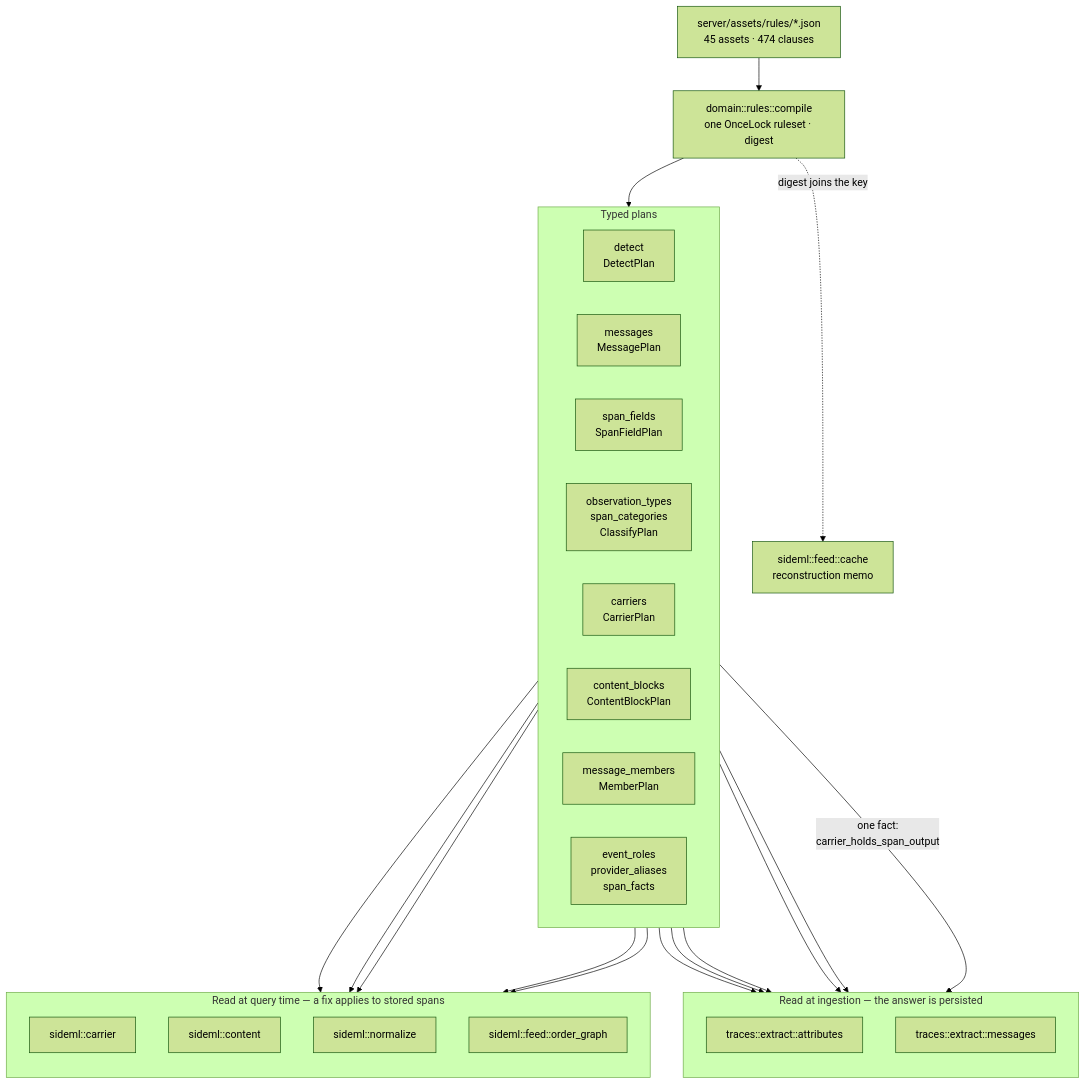
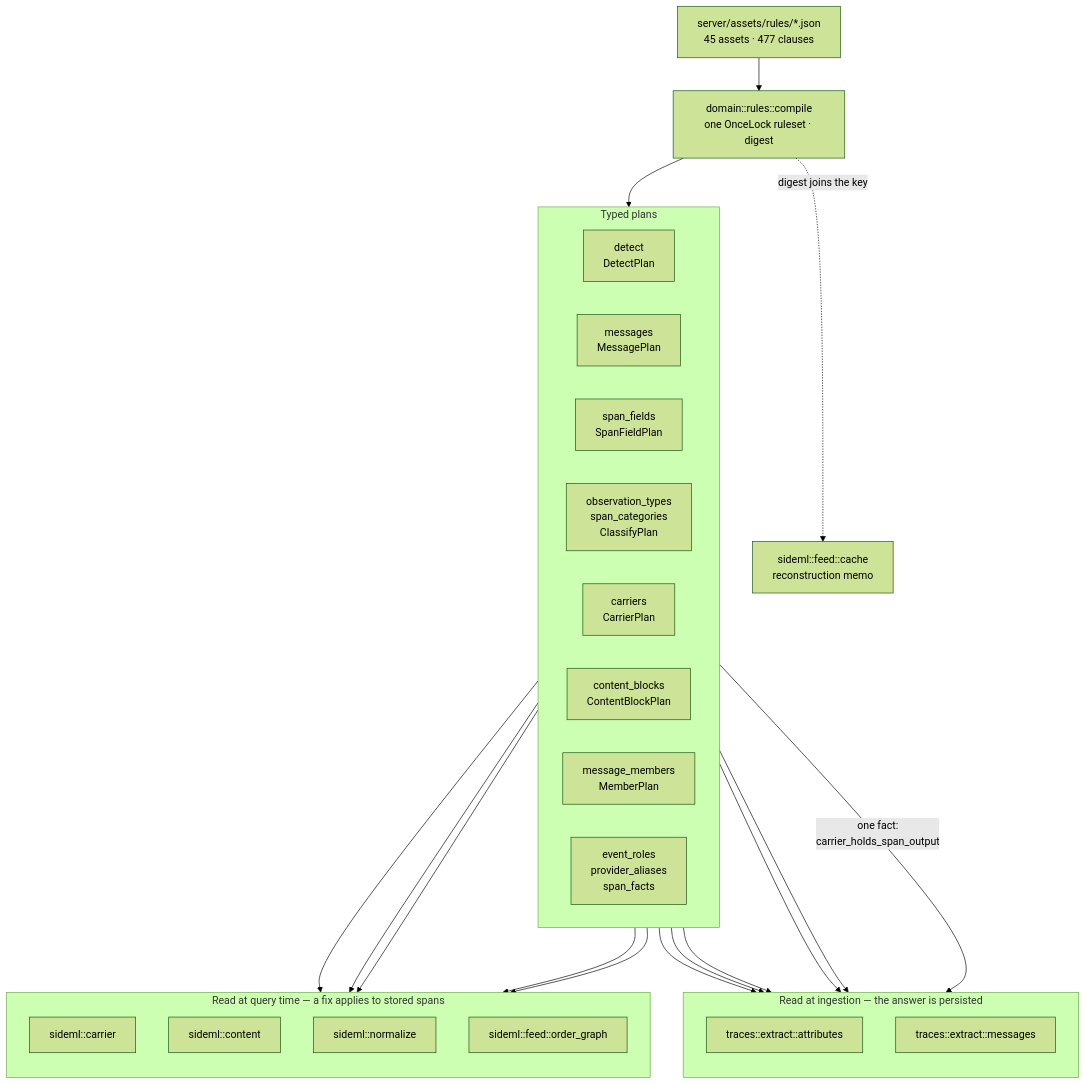
Before and after one commit to sideseat/sideseat: the first of 7 diagrams in docs/engineering/architecture-diagrams.md, drawn with Mermaid (forest theme). The commit also changed 8 other files, not shown here.

First line of the commit message:
fix(rules): read reported costs and tool-span output direction from the assets

````diff
--- a/docs/engineering/architecture-diagrams.md
+++ b/docs/engineering/architecture-diagrams.md
@@ -18,47 +18,47 @@
 ```mermaid
 flowchart TB
-    assets["server/assets/rules/*.json<br/>45 assets · 474 clauses"]
+    assets["server/assets/rules/*.json<br/>45 assets · 477 clauses"]
     compile["domain::rules::compile<br/>one OnceLock ruleset · digest"]
     assets --> compile
 
     subgraph plans["Typed plans"]
         direction LR
         detect["detect<br/>DetectPlan"]
         messages["messages<br/>MessagePlan"]
         fields["span_fields<br/>SpanFieldPlan"]
         classify["observation_types<br/>span_categories<br/>ClassifyPlan"]
         carriers["carriers<br/>CarrierPlan"]
         blocks["content_blocks<br/>ContentBlockPlan"]
         members["message_members<br/>MemberPlan"]
         roles["event_roles<br/>provider_aliases<br/>span_facts"]
     end
     compile --> plans
 
     subgraph ingest["Read at ingestion — the answer is persisted"]
         direction TB
         attrs["traces::extract::attributes"]
         msgs["traces::extract::messages"]
     end
 
     subgraph query["Read at query time — a fix applies to stored spans"]
         direction TB
         carrier["sideml::carrier"]
         content["sideml::content"]
         normalize["sideml::normalize"]
         order["sideml::feed::order_graph"]
     end
 
     detect --> attrs
     fields --> attrs
     classify --> attrs
     roles --> attrs
     messages --> msgs
     carriers -->|"one fact:<br/>carrier_holds_span_output"| msgs
     carriers --> carrier
     carriers --> order
     blocks --> content
     members --> content
     roles --> normalize
 
     compile -. "digest joins the key" .-> cache["sideml::feed::cache<br/>reconstruction memo"]
 ```
````
